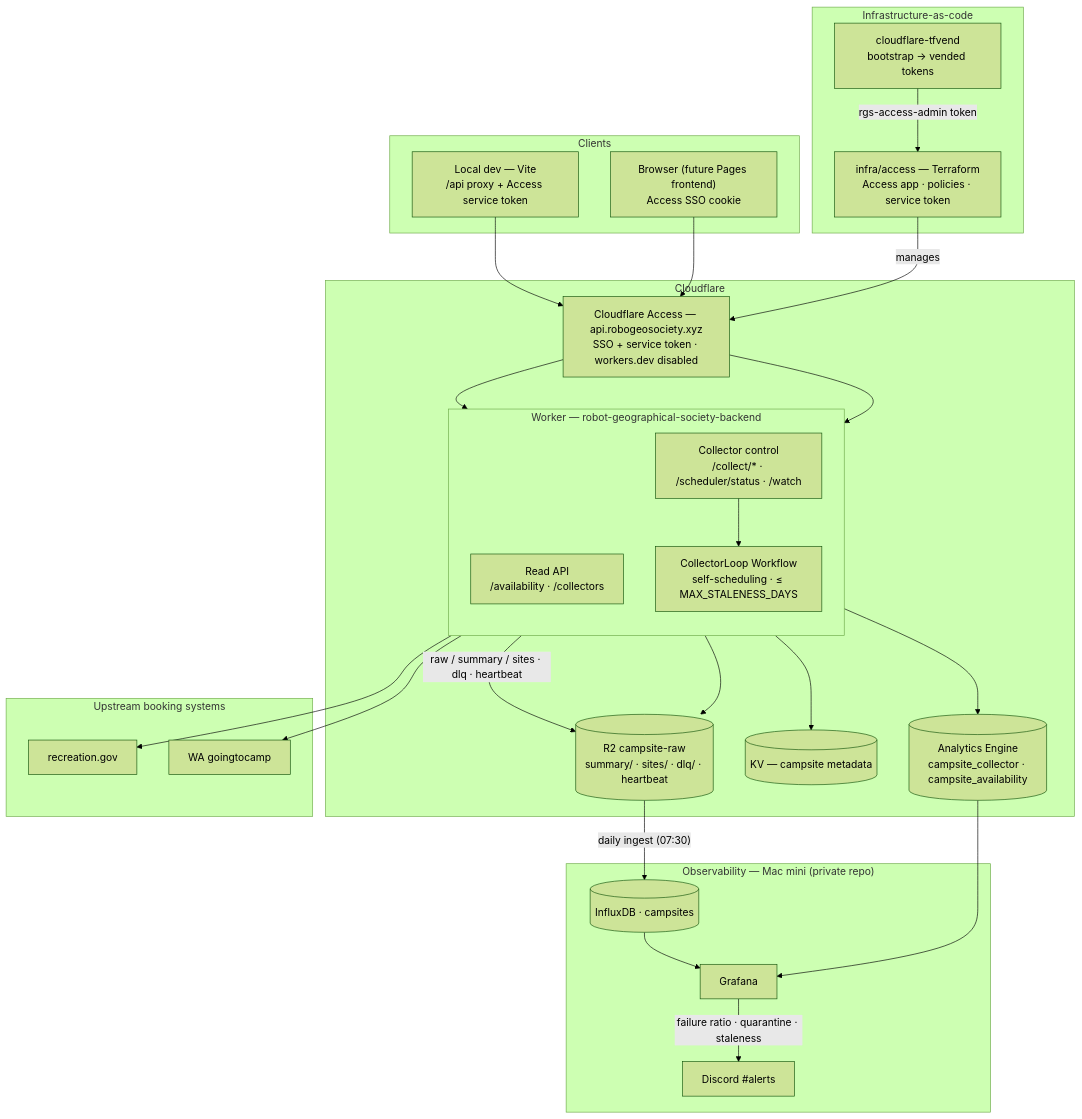
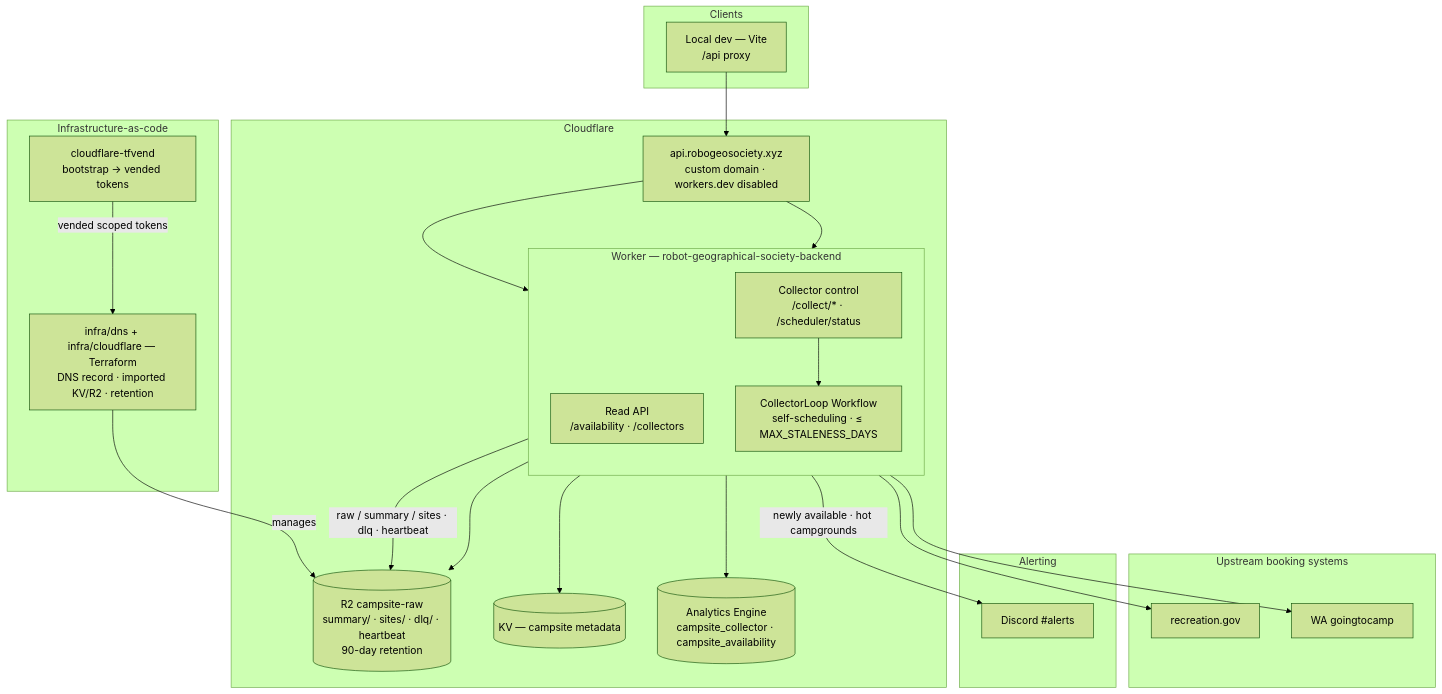
Before and after one commit to robogeosociety/robot-geographical-society: the first of 2 diagrams in README.md, drawn with Mermaid (forest theme). The commit also changed other lines of this file and 37 other files, not shown here.

````diff
--- a/README.md
+++ b/README.md
@@ -54,51 +71,45 @@
 ```mermaid
 flowchart TB
   subgraph CLIENTS["Clients"]
-    DEV["Local dev — Vite<br/>/api proxy + Access service token"]
-    USER["Browser (future Pages frontend)<br/>Access SSO cookie"]
+    DEV["Local dev — Vite<br/>/api proxy"]
   end
 
   subgraph EDGE["Cloudflare"]
-    ACCESS["Cloudflare Access — api.robogeosociety.xyz<br/>SSO + service token · workers.dev disabled"]
+    EDGEIN["api.robogeosociety.xyz<br/>custom domain · workers.dev disabled"]
     subgraph WORKER["Worker — robot-geographical-society-backend"]
       direction TB
       READ["Read API<br/>/availability · /collectors"]
-      CTRL["Collector control<br/>/collect/* · /scheduler/status · /watch"]
+      CTRL["Collector control<br/>/collect/* · /scheduler/status"]
       LOOP["CollectorLoop Workflow<br/>self-scheduling · ≤ MAX_STALENESS_DAYS"]
     end
-    R2[("R2 campsite-raw<br/>summary/ · sites/ · dlq/ · heartbeat")]
+    R2[("R2 campsite-raw<br/>summary/ · sites/ · dlq/ · heartbeat<br/>90-day retention")]
     KV[("KV — campsite metadata")]
     AE[("Analytics Engine<br/>campsite_collector · campsite_availability")]
   end
 
   subgraph UP["Upstream booking systems"]
     REC["recreation.gov"]
     WA["WA goingtocamp"]
   end
 
-  subgraph OBS["Observability — Mac mini (private repo)"]
-    INFLUX[("InfluxDB · campsites")]
-    GRAF["Grafana"]
+  subgraph OBS["Alerting"]
     DISC["Discord #alerts"]
   end
 
   subgraph IAC["Infrastructure-as-code"]
     TFVEND["cloudflare-tfvend<br/>bootstrap → vended tokens"]
-    INFRA["infra/access — Terraform<br/>Access app · policies · service token"]
+    INFRA["infra/dns + infra/cloudflare — Terraform<br/>DNS record · imported KV/R2 · retention"]
   end
 
-  DEV --> ACCESS
-  USER --> ACCESS
-  ACCESS --> READ
-  ACCESS --> CTRL
+  DEV --> EDGEIN
+  EDGEIN --> READ
+  EDGEIN --> CTRL
   CTRL --> LOOP
   LOOP --> REC & WA
   LOOP -->|"raw / summary / sites · dlq · heartbeat"| R2
   LOOP --> AE
   READ --> R2
   READ --> KV
-  R2 -->|"daily ingest (07:30)"| INFLUX --> GRAF
-  AE --> GRAF
-  GRAF -->|"failure ratio · quarantine · staleness"| DISC
-  TFVEND -->|"rgs-access-admin token"| INFRA -->|manages| ACCESS
+  LOOP -->|"newly available · hot campgrounds"| DISC
+  TFVEND -->|"vended scoped tokens"| INFRA -->|manages| R2
 ```
````
